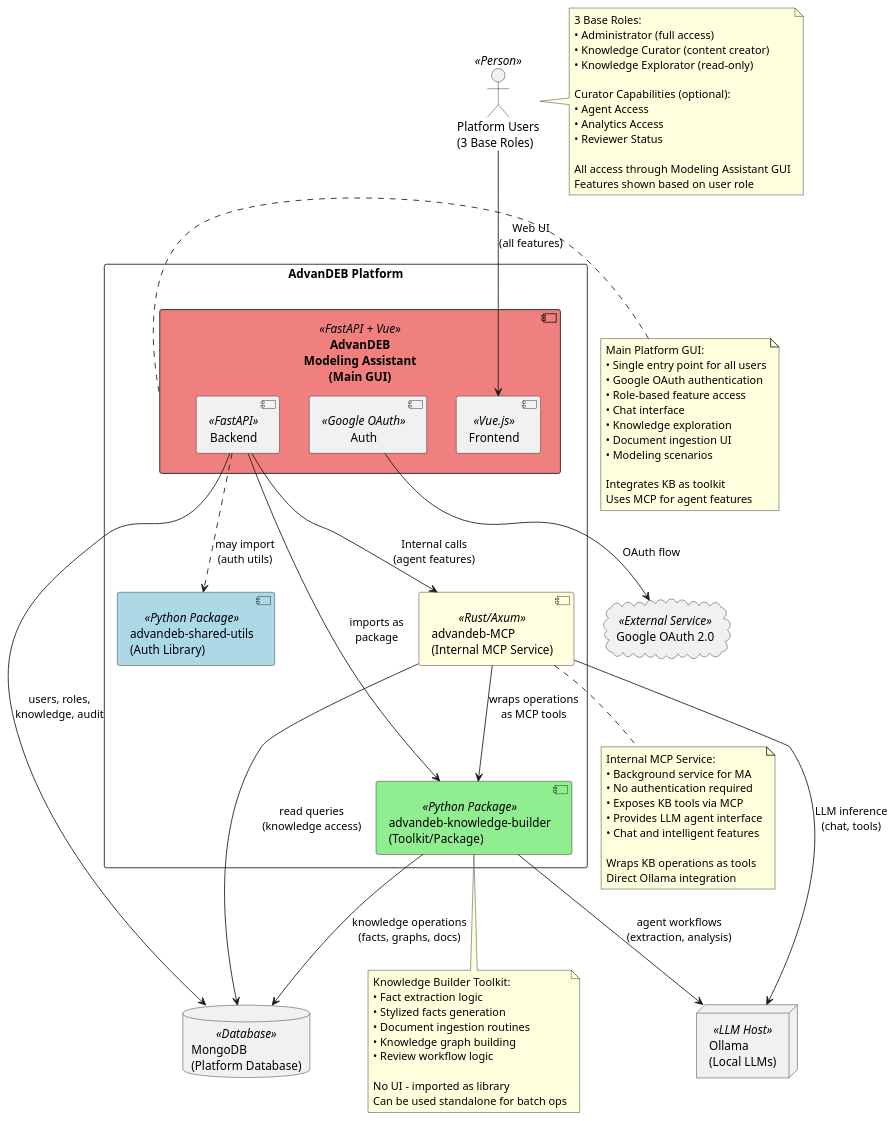
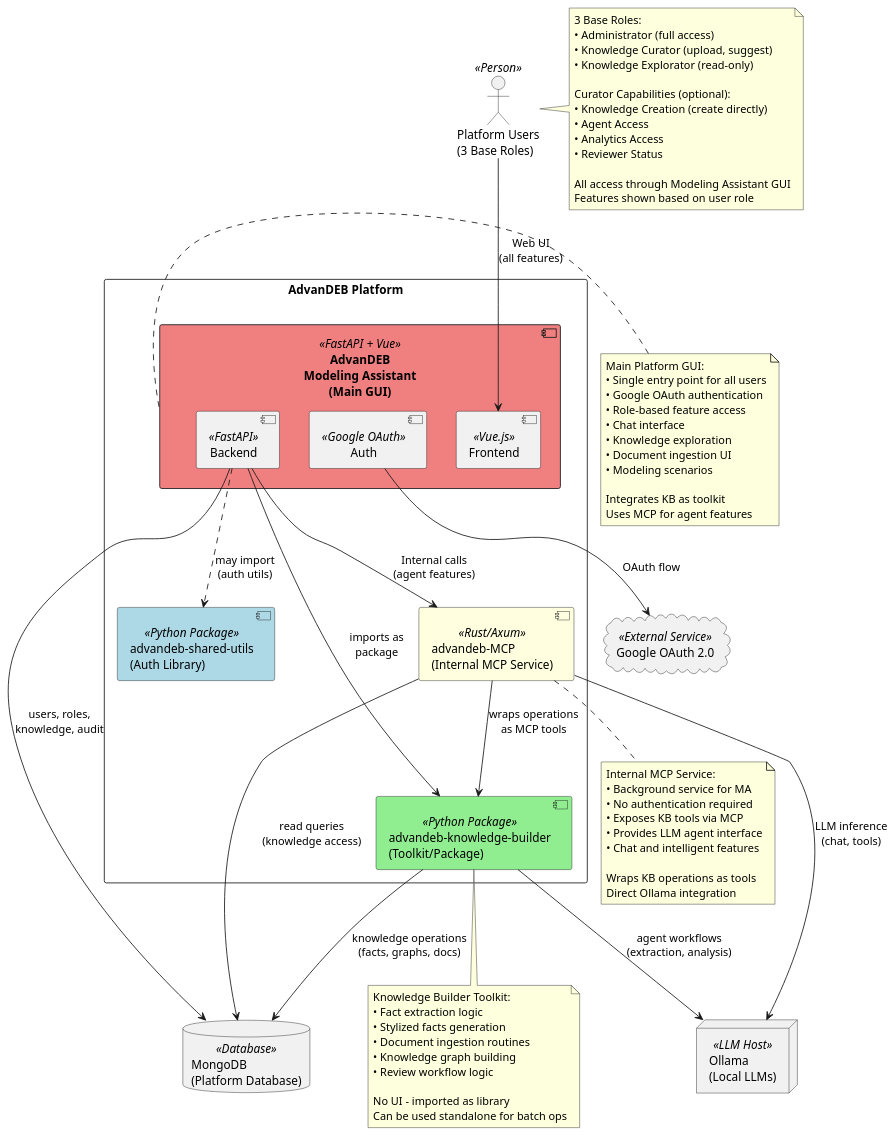
The diagram in docs/diagrams/system-context.puml (AdvanDEB/advandeb), drawn with PlantUML before and after one commit. The commit also changed 11 other files, not shown here.

First line of the commit message:
Update role diagrams to reflect revised curator permissions

```diff
--- a/docs/diagrams/system-context.puml
+++ b/docs/diagrams/system-context.puml
@@ -1,103 +1,104 @@
 @startuml
 ' AdvanDEB System Context Diagram - Revised Architecture
 
 ' Define user groups
 actor "Platform Users\n(3 Base Roles)" as Users <<Person>>
 
 ' Main platform rectangle
 rectangle "AdvanDEB Platform" {
   
   ' Main GUI Platform
   component "AdvanDEB\nModeling Assistant\n(Main GUI)" as MA <<FastAPI + Vue>> #LightCoral {
     component "Frontend" as MAFront <<Vue.js>>
     component "Backend" as MABack <<FastAPI>>
     component "Auth" as MAAuth <<Google OAuth>>
   }
   
   ' Knowledge Builder as toolkit/package
   component "advandeb-knowledge-builder\n(Toolkit/Package)" as KB <<Python Package>> #LightGreen
   
   ' MCP Server
   component "advandeb-MCP\n(Internal MCP Service)" as MCP <<Rust/Axum>> #LightYellow
   
   ' Shared utils (optional)
   component "advandeb-shared-utils\n(Auth Library)" as SharedUtils <<Python Package>> #LightBlue
   
   ' Internal relationships
   MABack --> KB : imports as\npackage
   MABack ..> SharedUtils : may import\n(auth utils)
   MABack --> MCP : Internal calls\n(agent features)
   MCP --> KB : wraps operations\nas MCP tools
 }
 
 ' External services
 cloud "Google OAuth 2.0" as GoogleOAuth <<External Service>>
 database "MongoDB\n(Platform Database)" as MongoDB <<Database>>
 node "Ollama\n(Local LLMs)" as Ollama <<LLM Host>>
 
 ' User interactions
 Users --> MAFront : Web UI\n(all features)
 
 ' Platform to external services
 MAAuth --> GoogleOAuth : OAuth flow
 MABack --> MongoDB : users, roles,\nknowledge, audit
 KB --> MongoDB : knowledge operations\n(facts, graphs, docs)
 MCP --> MongoDB : read queries\n(knowledge access)
 
 KB --> Ollama : agent workflows\n(extraction, analysis)
 MCP --> Ollama : LLM inference\n(chat, tools)
 
 note right of Users
   3 Base Roles:
   • Administrator (full access)
-  • Knowledge Curator (content creator)
+  • Knowledge Curator (upload, suggest)
   • Knowledge Explorator (read-only)
   
   Curator Capabilities (optional):
+  • Knowledge Creation (create directly)
   • Agent Access
   • Analytics Access
   • Reviewer Status
   
   All access through Modeling Assistant GUI
   Features shown based on user role
 end note
 
 note left of MA
   Main Platform GUI:
   • Single entry point for all users
   • Google OAuth authentication
   • Role-based feature access
   • Chat interface
   • Knowledge exploration
   • Document ingestion UI
   • Modeling scenarios
   
   Integrates KB as toolkit
   Uses MCP for agent features
 end note
 
 note bottom of KB
   Knowledge Builder Toolkit:
   • Fact extraction logic
   • Stylized facts generation
   • Document ingestion routines
   • Knowledge graph building
   • Review workflow logic
   
   No UI - imported as library
   Can be used standalone for batch ops
 end note
 
 note bottom of MCP
   Internal MCP Service:
   • Background service for MA
   • No authentication required
   • Exposes KB tools via MCP
   • Provides LLM agent interface
   • Chat and intelligent features
   
   Wraps KB operations as tools
   Direct Ollama integration
 end note
 
 @enduml
```
